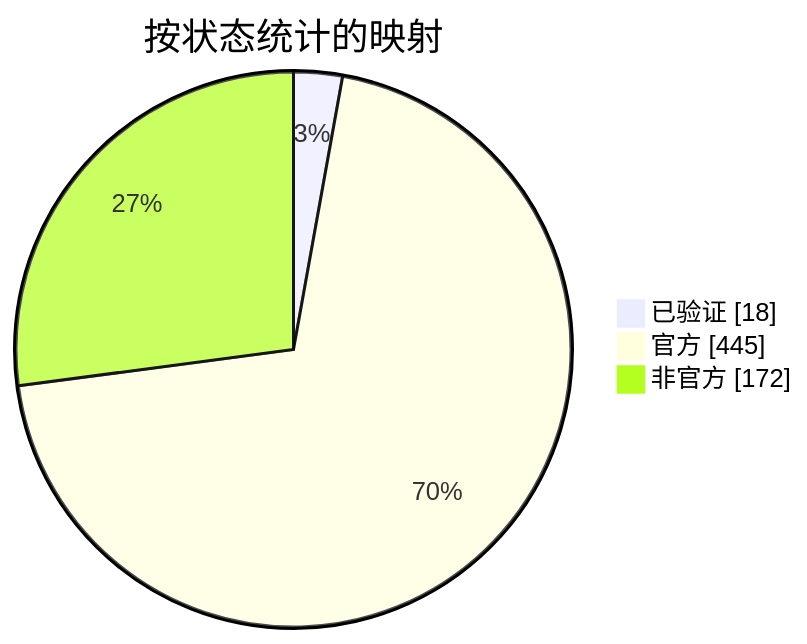
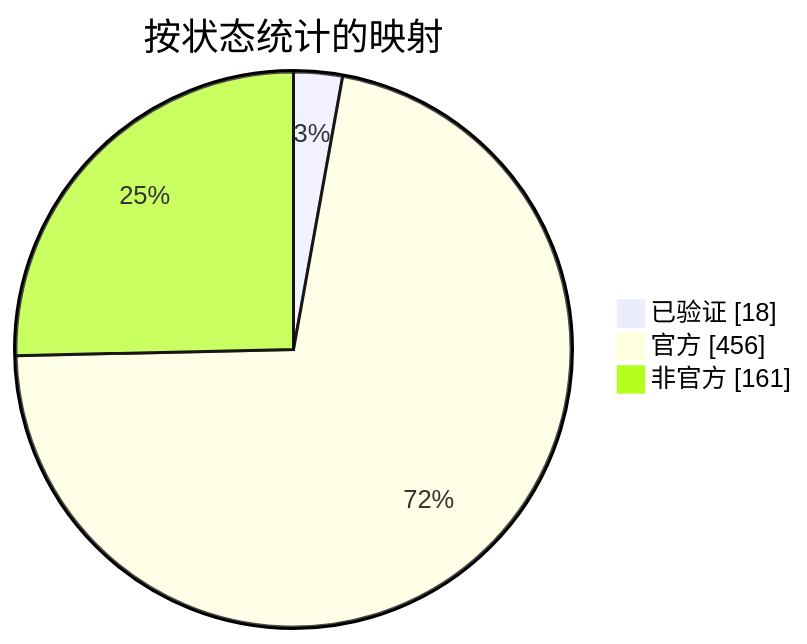
The diagram in docs/readme/README_ZHS.md (nobrega8/mbmap-library), drawn with Mermaid before and after one commit. The commit also changed 16 other files, not shown here.

````diff
--- a/docs/readme/README_ZHS.md
+++ b/docs/readme/README_ZHS.md
@@ -54,7 +54,7 @@
 ```mermaid
 pie showData
     title 按状态统计的映射
     "已验证" : 18
-    "官方" : 445
-    "非官方" : 172
+    "官方" : 456
+    "非官方" : 161
 ```
````
